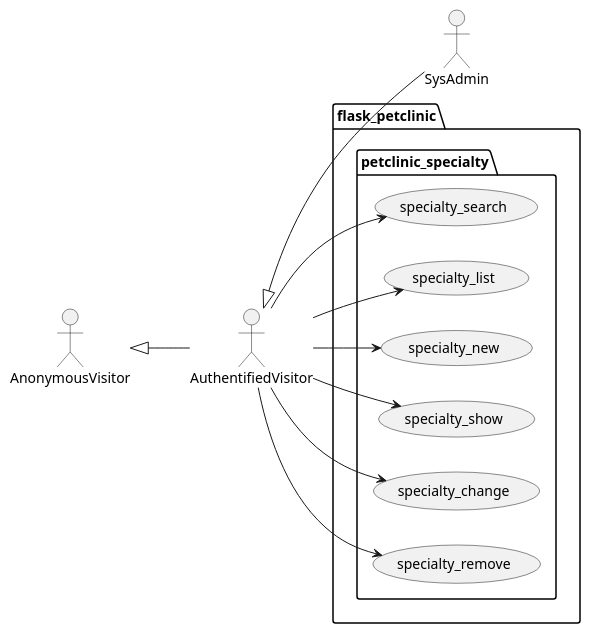
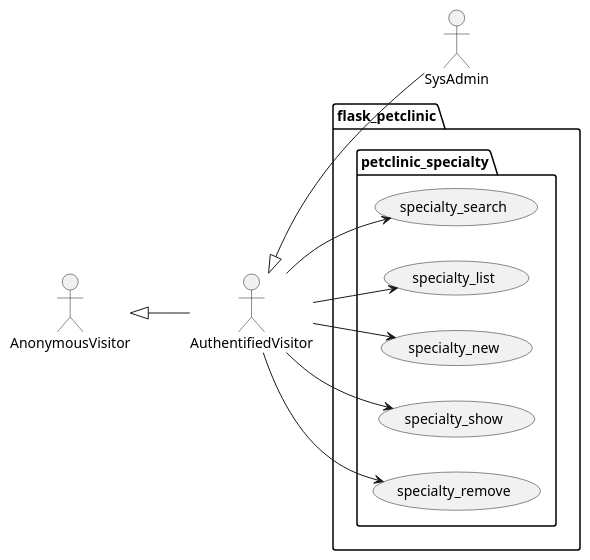
The diagram in project/petclinic_model/specialty.puml (Jakarta-EE-Petclinic/petclinic_flask), drawn with PlantUML before and after one commit. The commit also changed 6 other files, not shown here.

```diff
--- a/project/petclinic_model/specialty.puml
+++ b/project/petclinic_model/specialty.puml
@@ -1,30 +1,28 @@
 @startuml
 left to right direction
 
 actor AnonymousVisitor as av
 actor AuthentifiedVisitor as au
 actor SysAdmin as sa
 
 av <|-- au
 au <|-- sa
 
 package flask_petclinic {
 
     package petclinic_specialty {
         usecase specialty_search as uc2000
         usecase specialty_list as uc2001
         usecase specialty_new as uc2002
         usecase specialty_show as uc2003
-        usecase specialty_change as uc2004
         usecase specialty_remove as uc2005
 
         au --> uc2000
         au --> uc2001
         au --> uc2002
         au --> uc2003
-        au --> uc2004
         au --> uc2005
     }
 
 }
 @enduml
```
